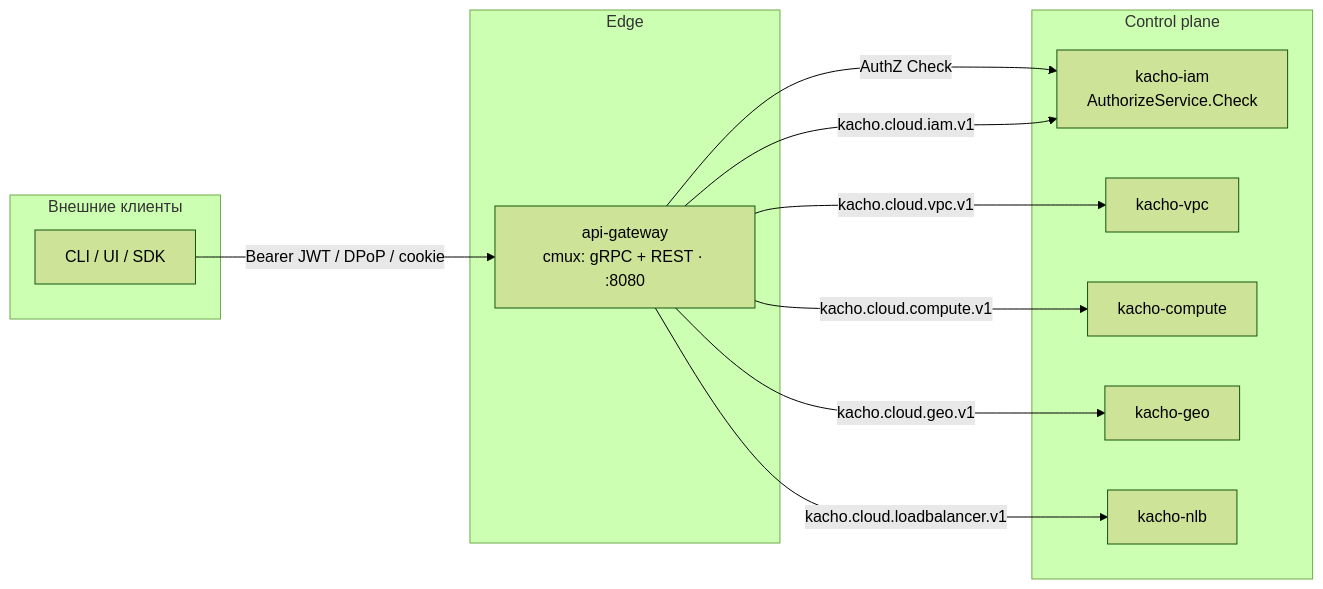
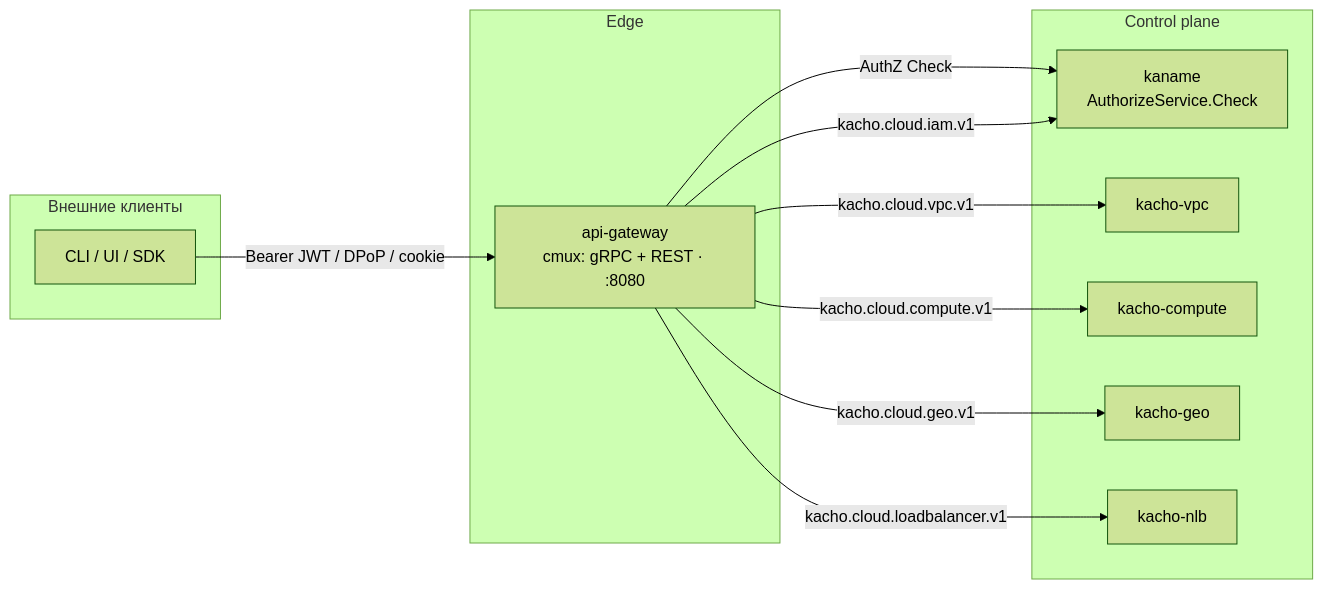
Before and after one commit to PRO-Robotech/kacho: the diagram in gateway/docs/content/intro.mdx, drawn with Mermaid (forest theme). The commit also changed other lines of this file and 1011 other files, not shown here.

````diff
--- a/gateway/docs/content/intro.mdx
+++ b/gateway/docs/content/intro.mdx
@@ -133,24 +133,24 @@
 ```mermaid
 flowchart LR
   subgraph ext["Внешние клиенты"]
     cli["CLI / UI / SDK"]
   end
   subgraph edge["Edge"]
     agw["api-gateway<br/>cmux: gRPC + REST · :8080"]
   end
   subgraph cp["Control plane"]
-    iam["kacho-iam<br/>AuthorizeService.Check"]
+    iam["kaname<br/>AuthorizeService.Check"]
     vpc["kacho-vpc"]
     cmp["kacho-compute"]
     geo["kacho-geo"]
     nlb["kacho-nlb"]
   end
 
   cli -->|"Bearer JWT / DPoP / cookie"| agw
   agw -->|"AuthZ Check"| iam
   agw -->|"kacho.cloud.iam.v1"| iam
   agw -->|"kacho.cloud.vpc.v1"| vpc
   agw -->|"kacho.cloud.compute.v1"| cmp
   agw -->|"kacho.cloud.geo.v1"| geo
   agw -->|"kacho.cloud.loadbalancer.v1"| nlb
 ```
````
